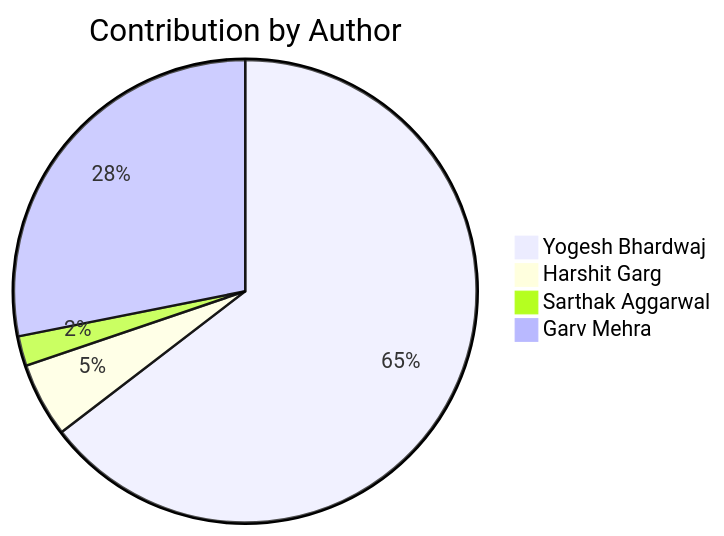
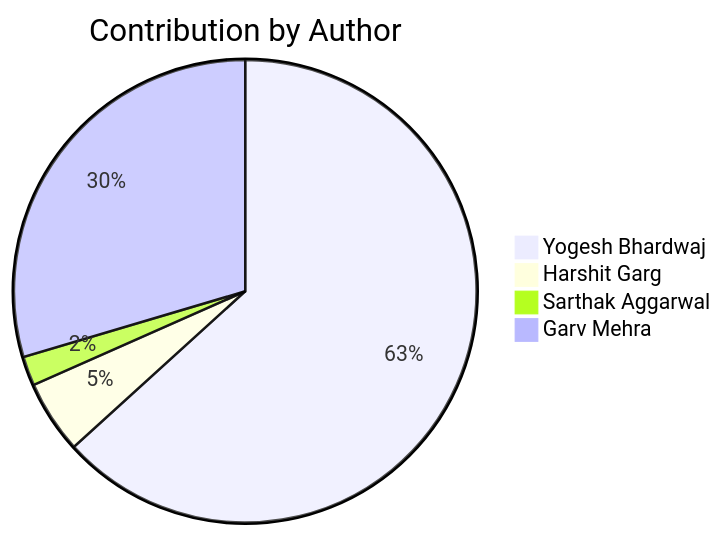
One commit to Yogesh-Bhardwaj-hue/Scm-Final_2.0 changed the diagram in README.md. Above: the diagram before and after it, drawn with Mermaid. The commit also changed other lines of this file, not shown here.

Commit message:
Update contribution charts

````diff
--- a/README.md
+++ b/README.md
@@ -161,7 +161,7 @@
 ```mermaid
 pie title Contribution by Author
     "Yogesh Bhardwaj": 62
     "Harshit Garg": 5
     "Sarthak Aggarwal": 2
-    "Garv Mehra": 27
+    "Garv Mehra": 29
 ```
````
